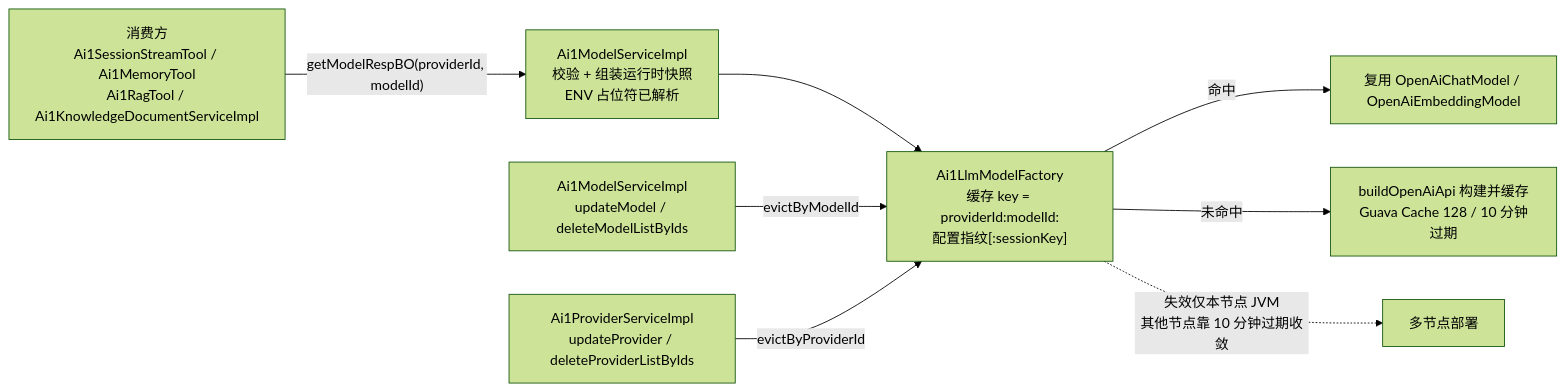
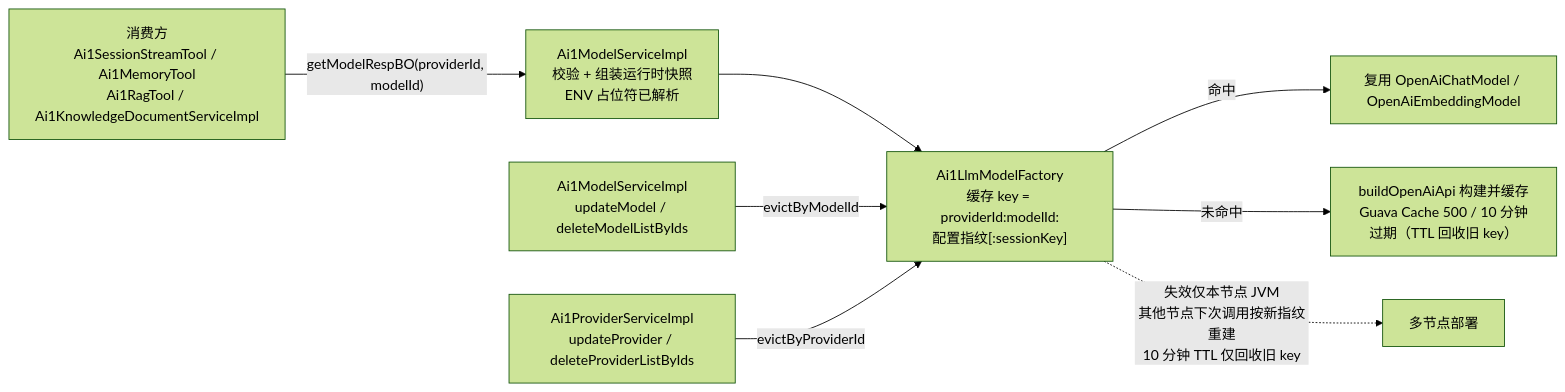
Before and after one commit to cilangzzz/yudao-skill-pro: the third of 3 diagrams in docs/modules/ai1/api-model.md, drawn with Mermaid (forest theme). The commit also changed other lines of this file and 176 other files, not shown here.

````diff
--- a/docs/modules/ai1/api-model.md
+++ b/docs/modules/ai1/api-model.md
@@ -531,10 +531,10 @@
 ```mermaid
 flowchart LR
     A["消费方<br/>Ai1SessionStreamTool / Ai1MemoryTool<br/>Ai1RagTool / Ai1KnowledgeDocumentServiceImpl"] -->|"getModelRespBO(providerId, modelId)"| B["Ai1ModelServiceImpl<br/>校验 + 组装运行时快照<br/>ENV 占位符已解析"]
     B --> C["Ai1LlmModelFactory<br/>缓存 key = providerId:modelId:<br/>配置指纹[:sessionKey]"]
     C -->|命中| D["复用 OpenAiChatModel / OpenAiEmbeddingModel"]
-    C -->|未命中| E["buildOpenAiApi 构建并缓存<br/>Guava Cache 128 / 10 分钟过期"]
+    C -->|未命中| E["buildOpenAiApi 构建并缓存<br/>Guava Cache 500 / 10 分钟过期（TTL 回收旧 key）"]
     F["Ai1ModelServiceImpl<br/>updateModel / deleteModelListByIds"] -->|evictByModelId| C
     G["Ai1ProviderServiceImpl<br/>updateProvider / deleteProviderListByIds"] -->|evictByProviderId| C
-    C -.->|"失效仅本节点 JVM<br/>其他节点靠 10 分钟过期收敛"| H["多节点部署"]
+    C -.->|"失效仅本节点 JVM<br/>其他节点下次调用按新指纹重建<br/>10 分钟 TTL 仅回收旧 key"| H["多节点部署"]
 ```
````
